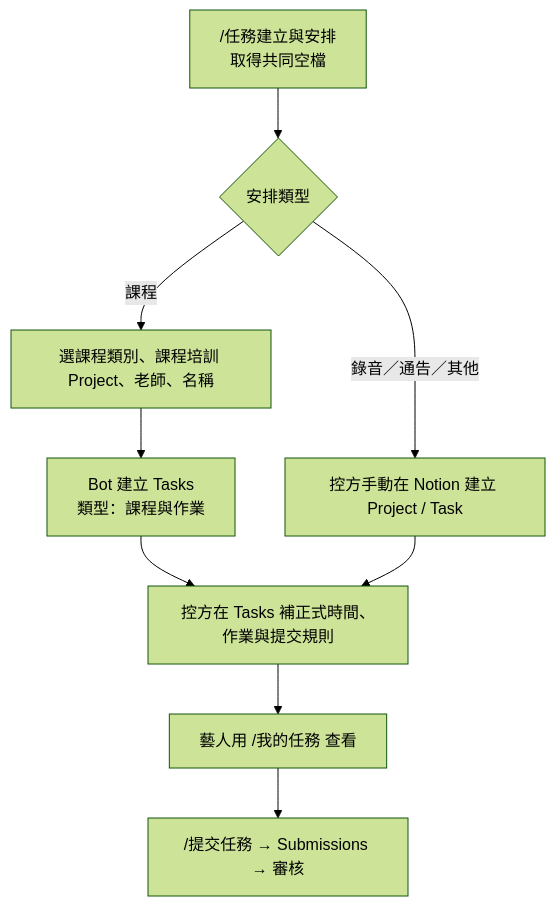
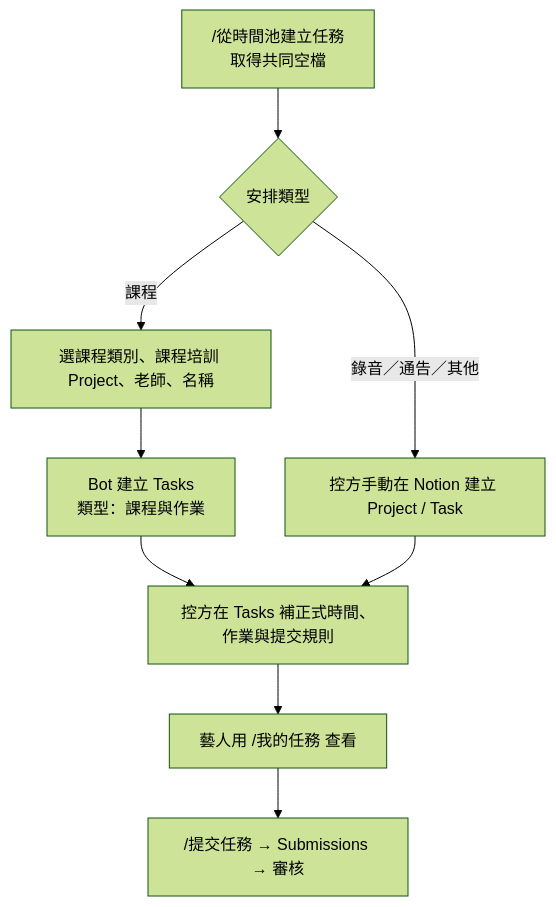
Before and after one commit to johnnysun0621/kari-kari-ai-ops: the second of 3 diagrams in FLOWCHART.md, drawn with Mermaid (forest theme). The commit also changed other lines of this file and 27 other files, not shown here.

Commit message:
fix task acknowledgement resend flow

````diff
--- a/FLOWCHART.md
+++ b/FLOWCHART.md
@@ -48,11 +48,11 @@
 ```mermaid
 flowchart TD
-    A["/任務建立與安排\n取得共同空檔"] --> B{"安排類型"}
+    A["/從時間池建立任務\n取得共同空檔"] --> B{"安排類型"}
     B -->|課程| C["選課程類別、課程培訓 Project、老師、名稱"]
     C --> D["Bot 建立 Tasks\n類型：課程與作業"]
     B -->|錄音／通告／其他| E["控方手動在 Notion 建立 Project / Task"]
     D --> F["控方在 Tasks 補正式時間、作業與提交規則"]
     E --> F
     F --> G["藝人用 /我的任務 查看"]
     G --> H["/提交任務 → Submissions → 審核"]
 ```
````
